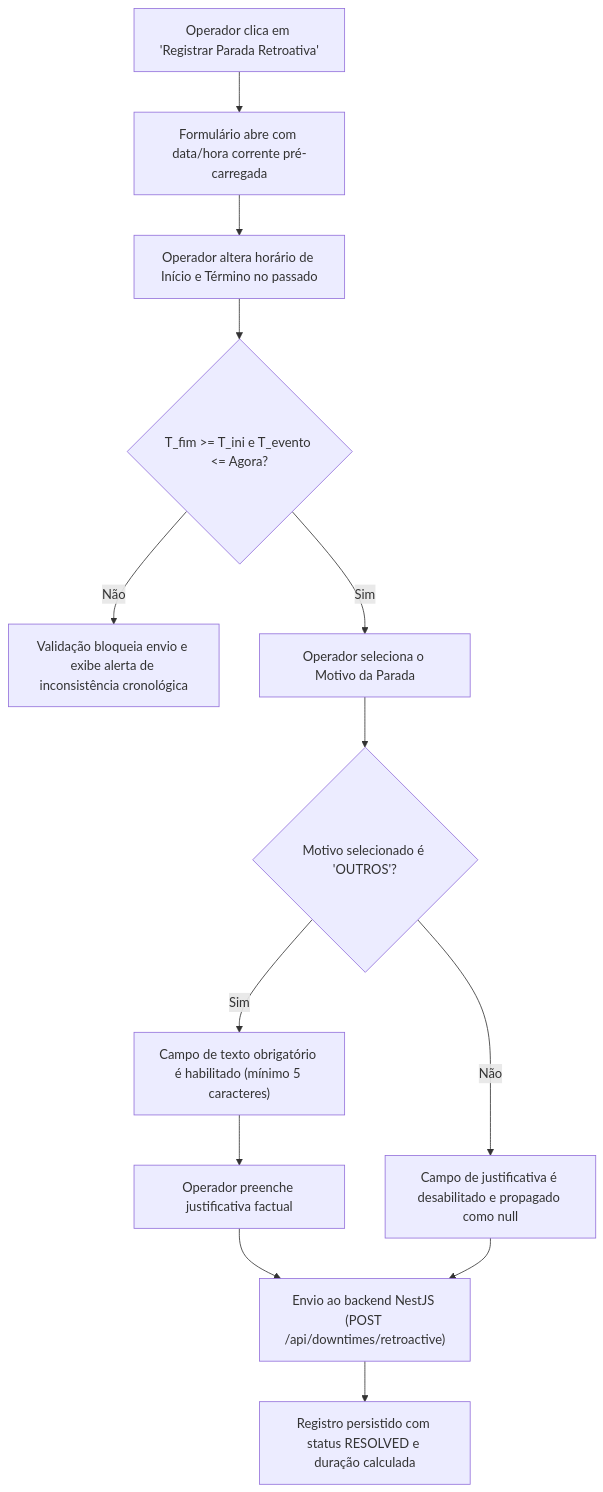
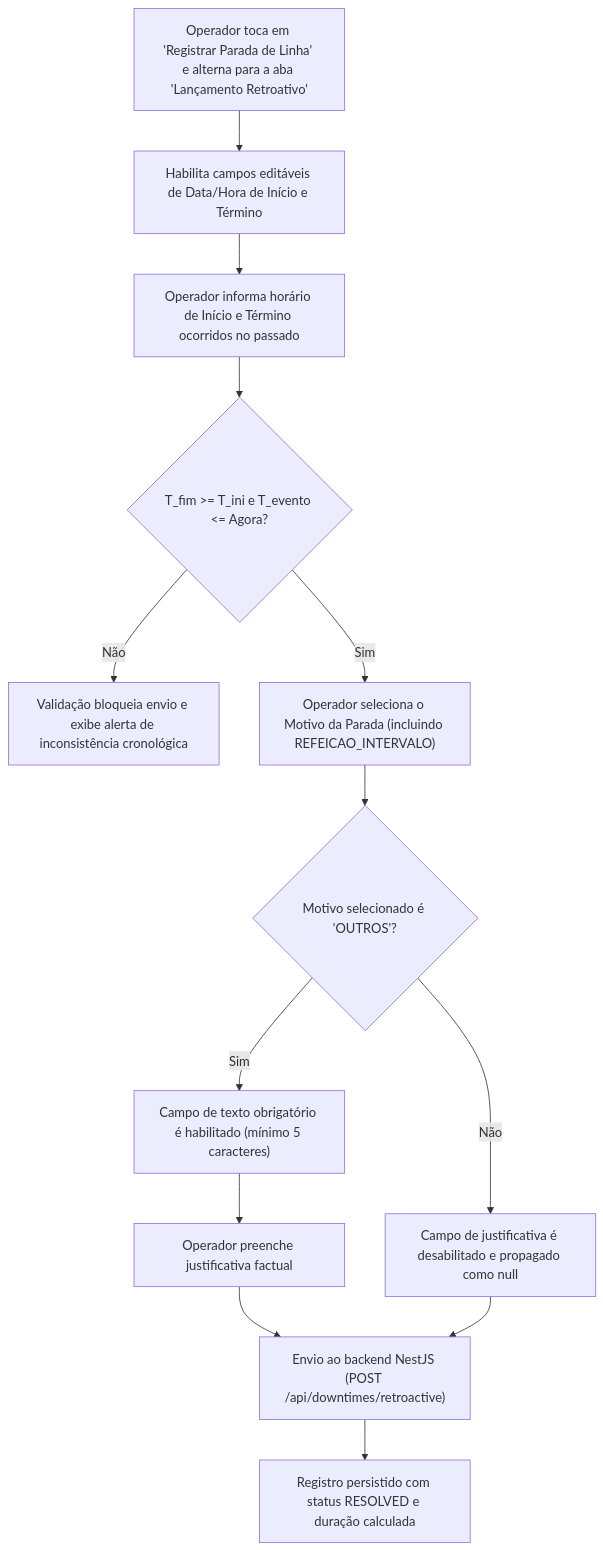
The fourth of 6 diagrams in docs/03-fluxos.md (FerreitoDev/SGMS), drawn with Mermaid before and after one commit. The commit also changed other lines of this file and 8 other files, not shown here.

Commit message:
docs: update requirements, business rules, and implementation roadmaps for Phase 5 features

````diff
--- a/docs/03-fluxos.md
+++ b/docs/03-fluxos.md
@@ -106,15 +109,15 @@
 ```mermaid
 flowchart TD
-    A["Operador clica em 'Registrar Parada Retroativa'"] --> B["Formulário abre com data/hora corrente pré-carregada"]
-    B --> C["Operador altera horário de Início e Término no passado"]
+    A["Operador toca em 'Registrar Parada de Linha' e alterna para a aba 'Lançamento Retroativo'"] --> B["Habilita campos editáveis de Data/Hora de Início e Término"]
+    B --> C["Operador informa horário de Início e Término ocorridos no passado"]
     C --> D{"T_fim >= T_ini e T_evento <= Agora?"}
     D -- Não --> E["Validação bloqueia envio e exibe alerta de inconsistência cronológica"]
-    D -- Sim --> F["Operador seleciona o Motivo da Parada"]
+    D -- Sim --> F["Operador seleciona o Motivo da Parada (incluindo REFEICAO_INTERVALO)"]
     F --> G{"Motivo selecionado é 'OUTROS'?"}
     G -- Sim --> H["Campo de texto obrigatório é habilitado (mínimo 5 caracteres)"]
     H --> I["Operador preenche justificativa factual"]
     G -- Não --> J["Campo de justificativa é desabilitado e propagado como null"]
     I --> K["Envio ao backend NestJS (POST /api/downtimes/retroactive)"]
     J --> K
     K --> L["Registro persistido com status RESOLVED e duração calculada"]
 ```
````
